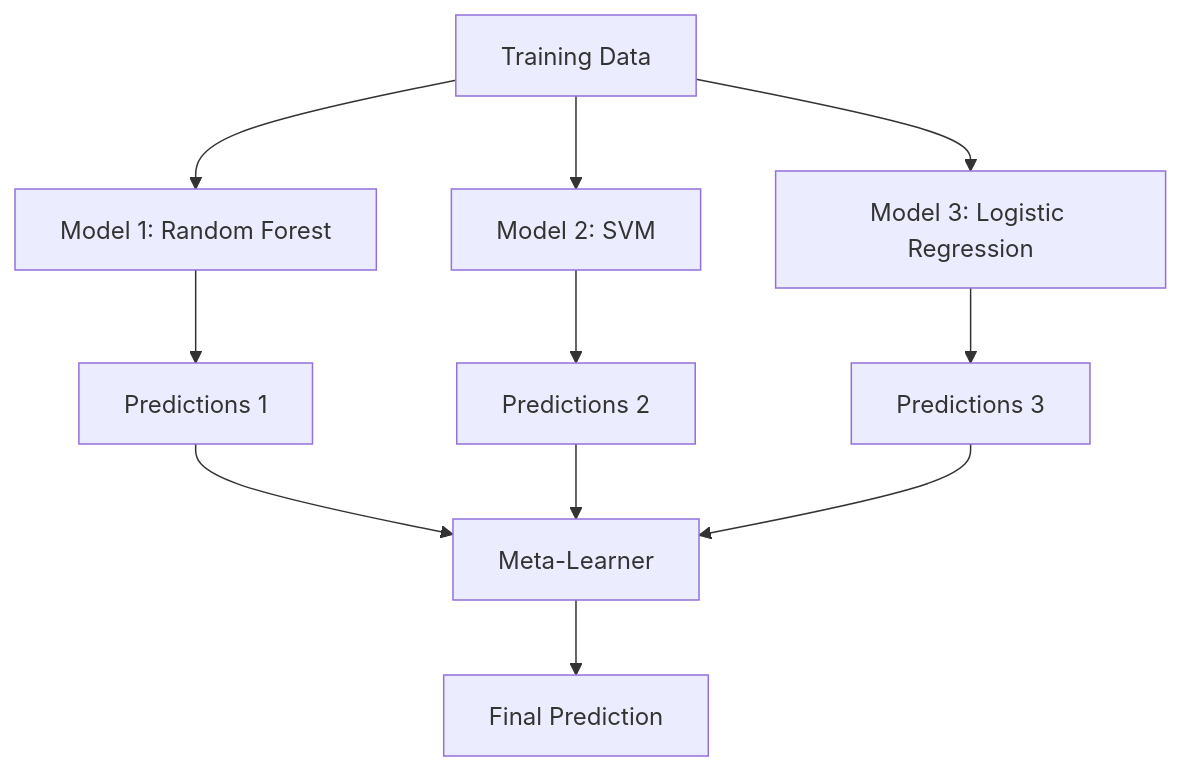
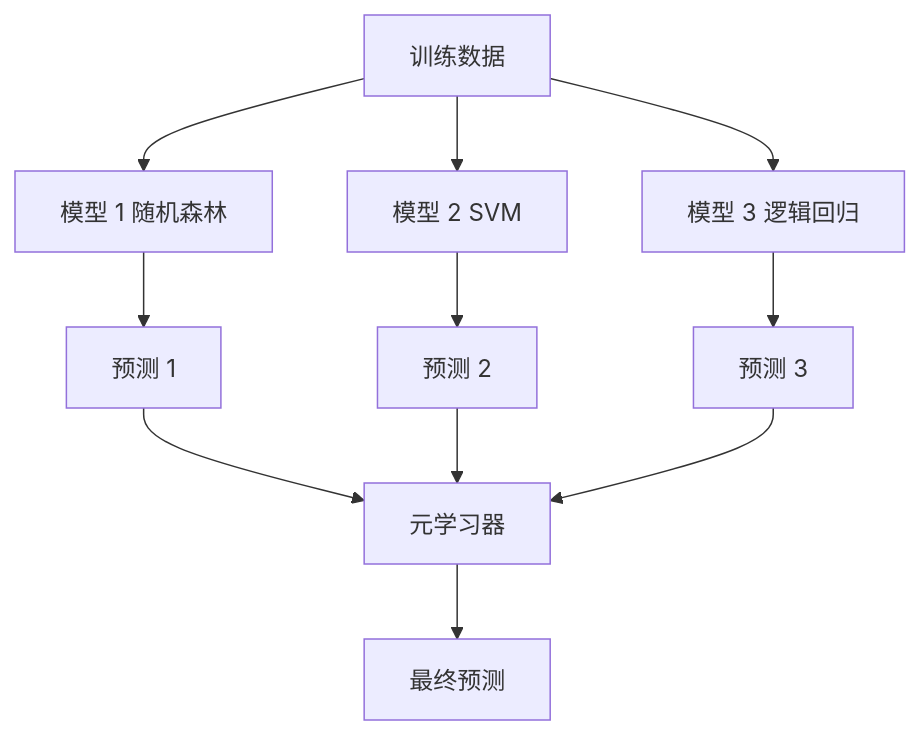
Before and after one commit to JerryC8080/ai-engineering-from-scratch-zh: the third of 3 diagrams in phases/02-ml-fundamentals/11-ensemble-methods/docs/zh.md, drawn with Mermaid. The commit also changed other lines of this file and 156 other files, not shown here.

First line of the commit message:
i18n(zh): translate mermaid diagram labels in 157 lesson zh.md

````diff
--- a/phases/02-ml-fundamentals/11-ensemble-methods/docs/zh.md
+++ b/phases/02-ml-fundamentals/11-ensemble-methods/docs/zh.md
@@ -158,16 +158,16 @@
 ```mermaid
 flowchart TD
-    D[Training Data] --> M1[Model 1: Random Forest]
-    D --> M2[Model 2: SVM]
-    D --> M3[Model 3: Logistic Regression]
+    D[训练数据] --> M1[模型 1 随机森林]
+    D --> M2[模型 2 SVM]
+    D --> M3[模型 3 逻辑回归]
 
-    M1 --> P1[Predictions 1]
-    M2 --> P2[Predictions 2]
-    M3 --> P3[Predictions 3]
+    M1 --> P1[预测 1]
+    M2 --> P2[预测 2]
+    M3 --> P3[预测 3]
 
-    P1 --> META[Meta-Learner]
+    P1 --> META[元学习器]
     P2 --> META
     P3 --> META
 
-    META --> F[Final Prediction]
+    META --> F[最终预测]
 ```
````
